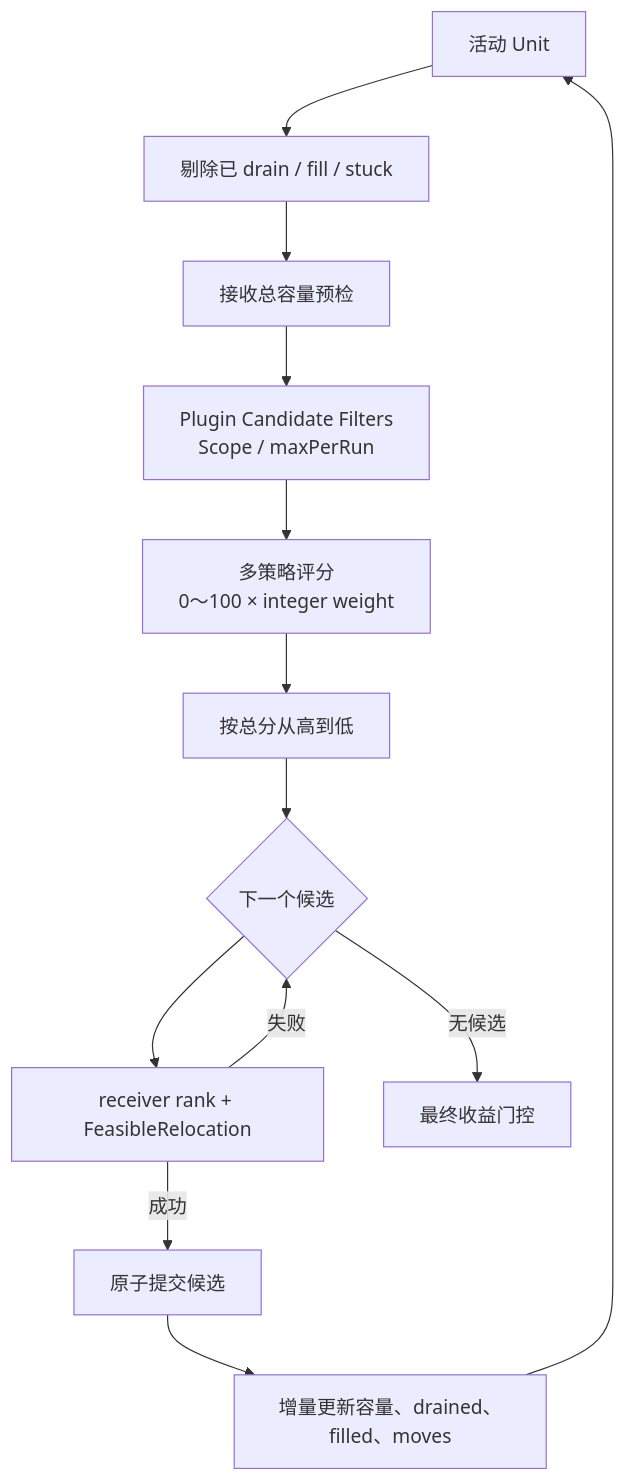
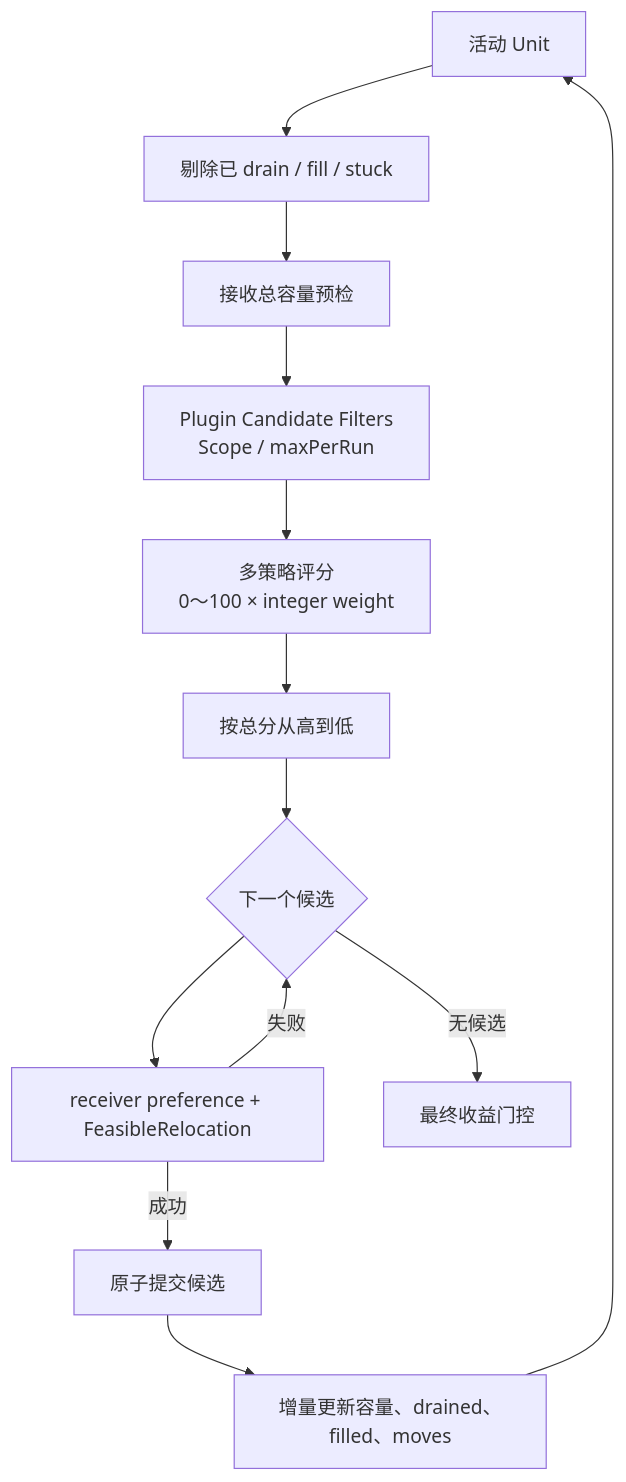
The sixth of 6 diagrams in docs/design/repack-design.md (wangyang0616/volcano), drawn with Mermaid before and after one commit. The commit also changed other lines of this file and 11 other files, not shown here.

Commit message:
refactor(repack): clarify receiver preference naming

````diff
--- a/docs/design/repack-design.md
+++ b/docs/design/repack-design.md
@@ -379,15 +379,15 @@
 ```mermaid
 flowchart TD
     A["活动 Unit"] --> B["剔除已 drain / fill / stuck"]
     B --> C["接收总容量预检"]
     C --> D["Plugin Candidate Filters\nScope / maxPerRun"]
     D --> E["多策略评分\n0～100 × integer weight"]
     E --> F["按总分从高到低"]
     F --> G{"下一个候选"}
-    G --> H["receiver rank + FeasibleRelocation"]
+    G --> H["receiver preference + FeasibleRelocation"]
     H -->|"失败"| G
     H -->|"成功"| I["原子提交候选"]
     I --> J["增量更新容量、drained、filled、moves"]
     J --> A
     G -->|"无候选"| K["最终收益门控"]
 ```
````
